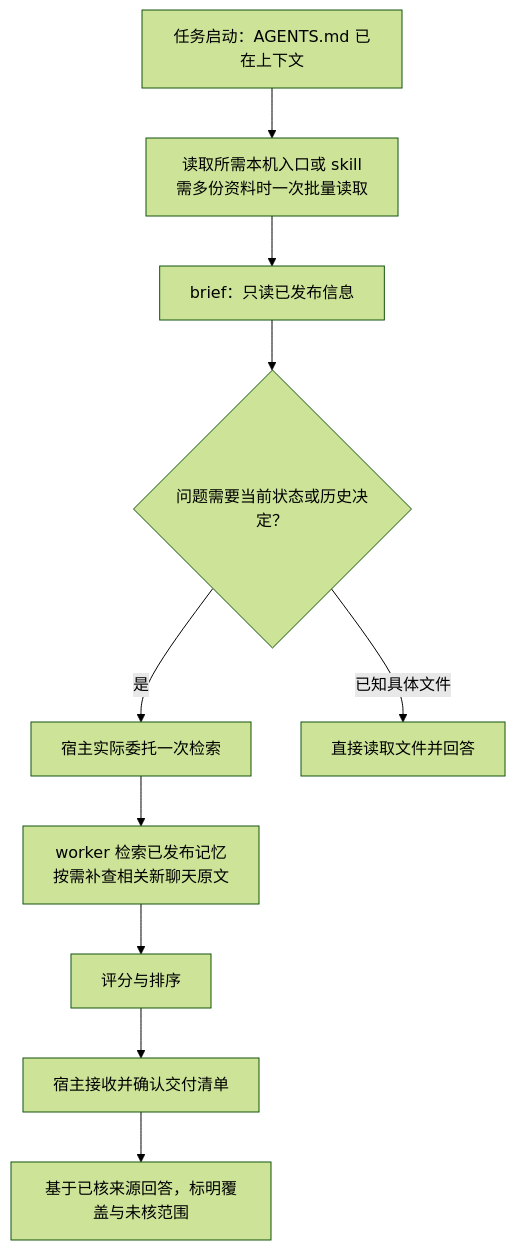
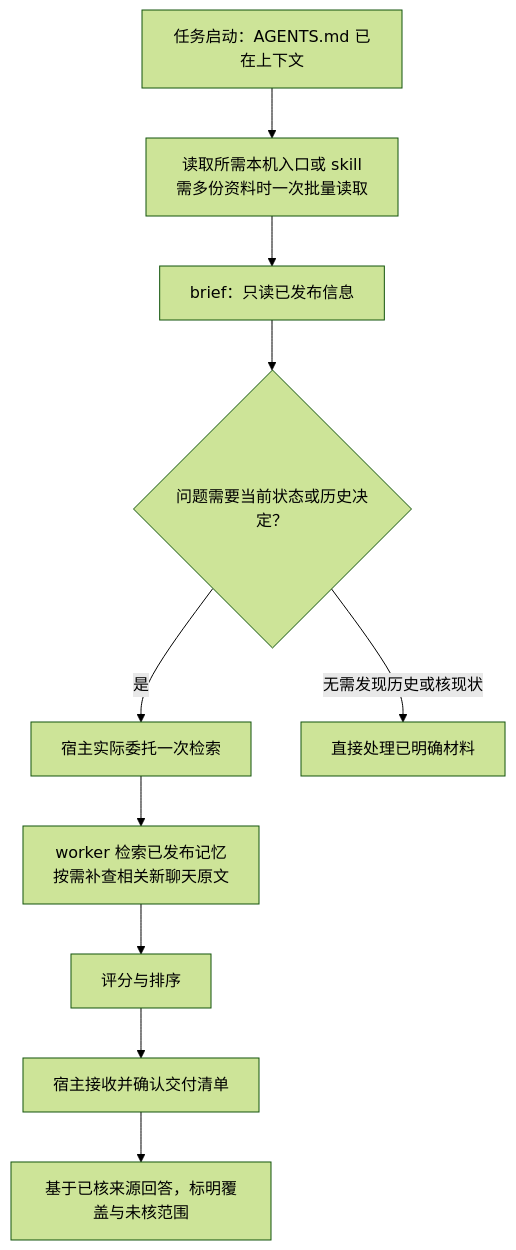
One commit to YS-Pan/basePack changed the second of 5 diagrams in devDoc/tasks/20261114-delivery-closeout/diagrams.md. Above: the diagram before and after it, drawn with Mermaid (forest theme). The commit also changed other lines of this file and 5 other files, not shown here.

Commit message:
docs: reconcile closeout sequence and lifecycle diagrams

````diff
--- a/devDoc/tasks/20261114-delivery-closeout/diagrams.md
+++ b/devDoc/tasks/20261114-delivery-closeout/diagrams.md
@@ -7,12 +30,12 @@
 ```mermaid
 flowchart TD
     A["任务启动：AGENTS.md 已在上下文"] --> B["读取所需本机入口或 skill<br/>需多份资料时一次批量读取"]
     B --> C["brief：只读已发布信息"]
     C --> D{"问题需要当前状态或历史决定？"}
     D -->|是| E["宿主实际委托一次检索"]
     E --> F["worker 检索已发布记忆<br/>按需补查相关新聊天原文"]
     F --> G["评分与排序"]
     G --> H["宿主接收并确认交付清单"]
     H --> I["基于已核来源回答，标明覆盖与未核范围"]
-    D -->|已知具体文件| J["直接读取文件并回答"]
+    D -->|无需发现历史或核现状| J["直接处理已明确材料"]
 ```
````
